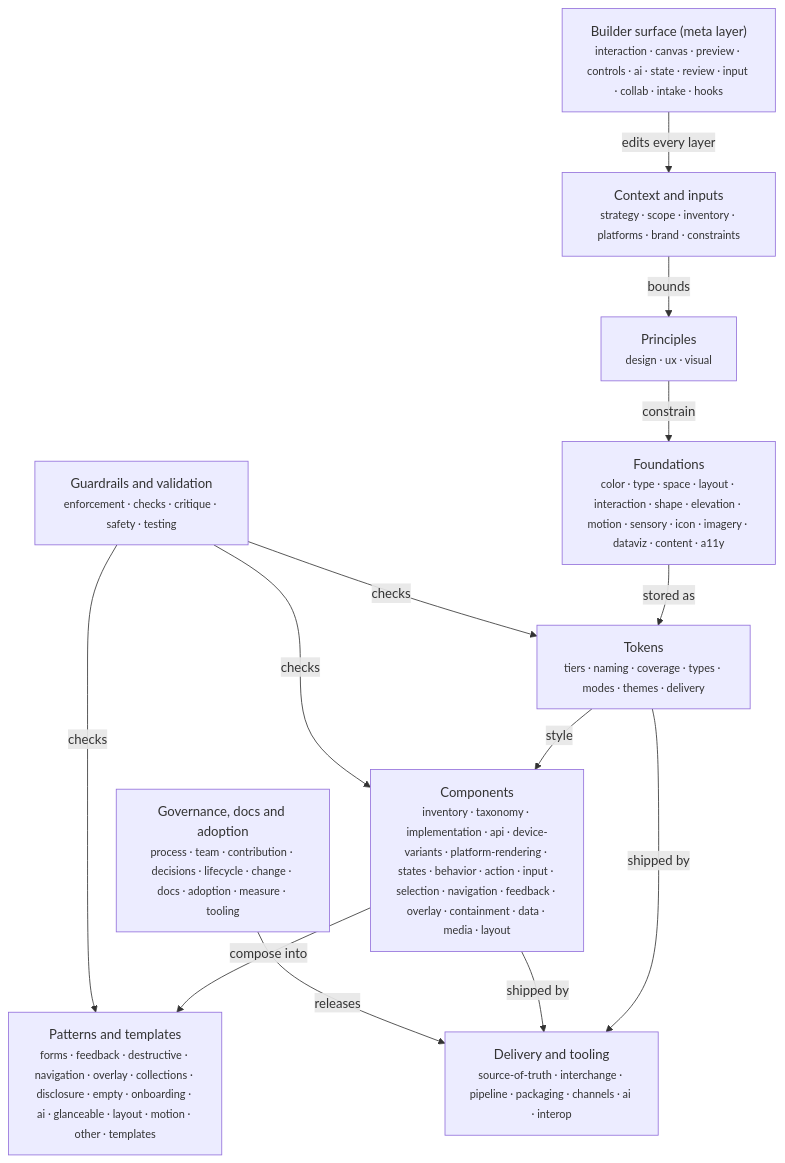
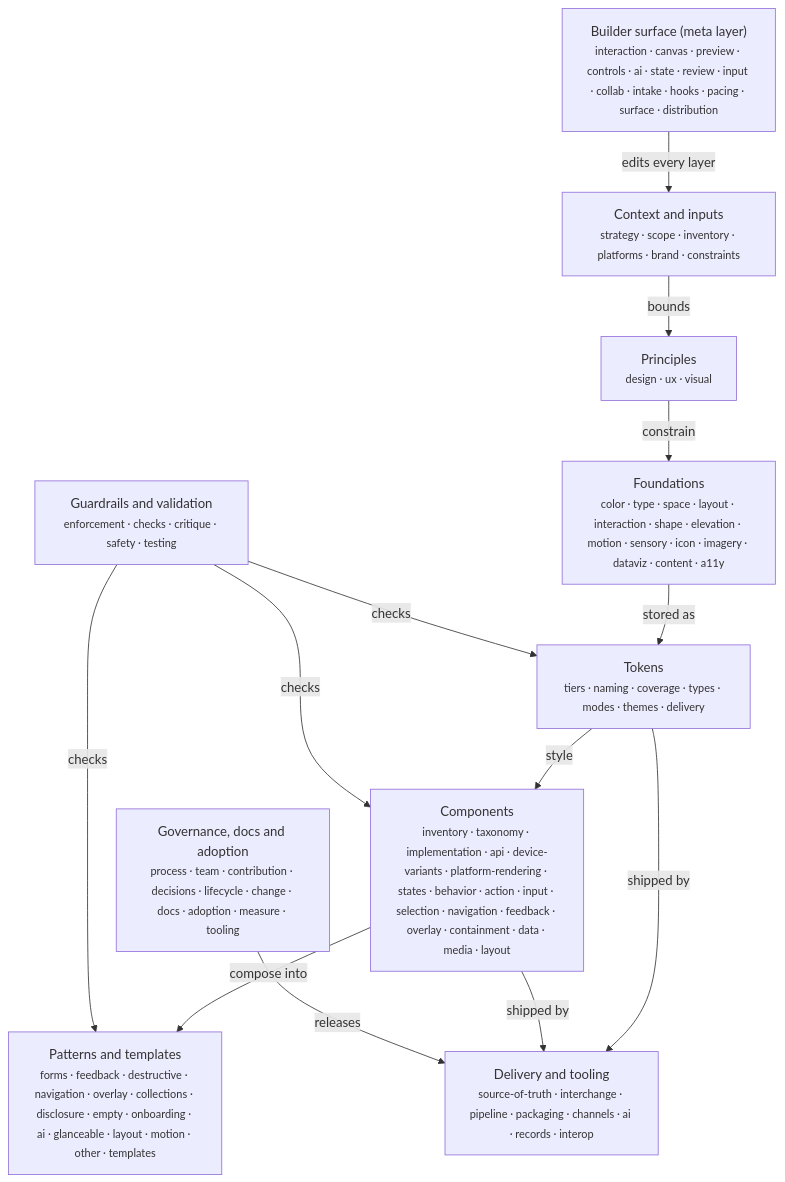
Before and after one commit to ckryptickunal/OpenDesigner: the diagram in synthesis/ONTOLOGY.md, drawn with Mermaid. The commit also changed other lines of this file and 87 other files, not shown here.

First line of the commit message:
Checkpoint: V1 verification (161 claims, 49 corrections), S2 ontology and graph follow-ups, T1 journey tracker phase A with opt-in anonymous sharing (journey.py, PRIVACY.md, reference receiver), partial U4 plain-language edits; all checks green (48 tests)

````diff
--- a/synthesis/ONTOLOGY.md
+++ b/synthesis/ONTOLOGY.md
@@ -9,25 +9,25 @@
 ```mermaid
 flowchart TB
   ctx["Context and inputs<br/><small>strategy · scope · inventory · platforms · brand · constraints</small>"]
   prin["Principles<br/><small>design · ux · visual</small>"]
   found["Foundations<br/><small>color · type · space · layout · interaction · shape · elevation · motion · sensory · icon · imagery · dataviz · content · a11y</small>"]
   tok["Tokens<br/><small>tiers · naming · coverage · types · modes · themes · delivery</small>"]
   comp["Components<br/><small>inventory · taxonomy · implementation · api · device-variants · platform-rendering · states · behavior · action · input · selection · navigation · feedback · overlay · containment · data · media · layout</small>"]
   pat["Patterns and templates<br/><small>forms · feedback · destructive · navigation · overlay · collections · disclosure · empty · onboarding · ai · glanceable · layout · motion · other · templates</small>"]
   guard["Guardrails and validation<br/><small>enforcement · checks · critique · safety · testing</small>"]
-  deliver["Delivery and tooling<br/><small>source-of-truth · interchange · pipeline · packaging · channels · ai · interop</small>"]
+  deliver["Delivery and tooling<br/><small>source-of-truth · interchange · pipeline · packaging · channels · ai · records · interop</small>"]
   gov["Governance, docs and adoption<br/><small>process · team · contribution · decisions · lifecycle · change · docs · adoption · measure · tooling</small>"]
-  builder["Builder surface (meta layer)<br/><small>interaction · canvas · preview · controls · ai · state · review · input · collab · intake · hooks</small>"]
+  builder["Builder surface (meta layer)<br/><small>interaction · canvas · preview · controls · ai · state · review · input · collab · intake · hooks · pacing · surface · distribution</small>"]
   ctx -->|bounds| prin
   prin -->|constrain| found
   found -->|stored as| tok
   tok -->|style| comp
   comp -->|compose into| pat
   guard -->|checks| tok
   guard -->|checks| comp
   guard -->|checks| pat
   tok -->|shipped by| deliver
   comp -->|shipped by| deliver
   gov -->|releases| deliver
   builder -->|edits every layer| ctx
 ```
````
